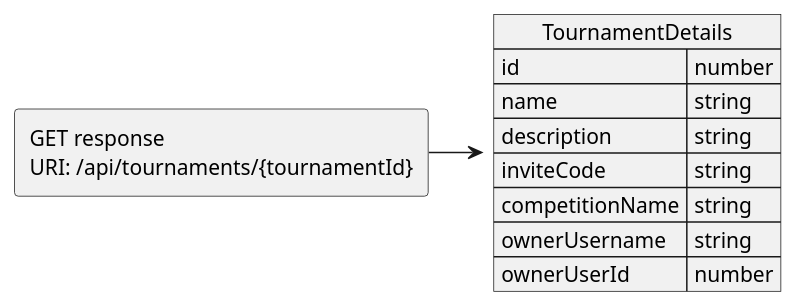
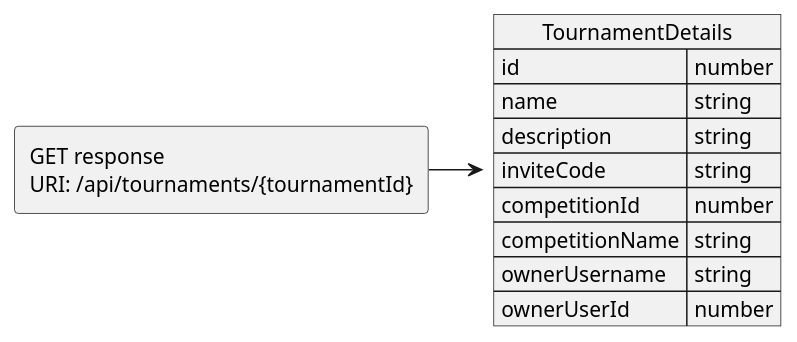
One commit to JKMN-Projects/TeamTactics changed the diagram in docs/JSON Contracts/Responses/GetTournamentDetails.puml. Above: the diagram before and after it, drawn with PlantUML.

Commit message:
Added competitionId to get tournament details response

```diff
--- a/docs/JSON Contracts/Responses/GetTournamentDetails.puml
+++ b/docs/JSON Contracts/Responses/GetTournamentDetails.puml
@@ -1,16 +1,17 @@
 @startuml Get tournament details response
 allowmixing
 
 agent "GET response \nURI: /api/tournaments/{tournamentId}"
   json "TournamentDetails" as J {
     "id": "number",
     "name": "string",
     "description": "string",
     "inviteCode": "string",
+    "competitionId": "number",
     "competitionName": "string",
     "ownerUsername": "string",
     "ownerUserId": "number"
   }
 
 "GET response \nURI: /api/tournaments/{tournamentId}" -> J 
 @enduml
```
